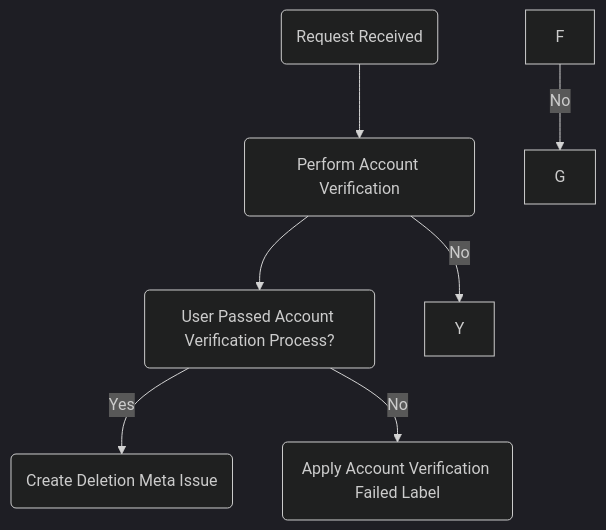
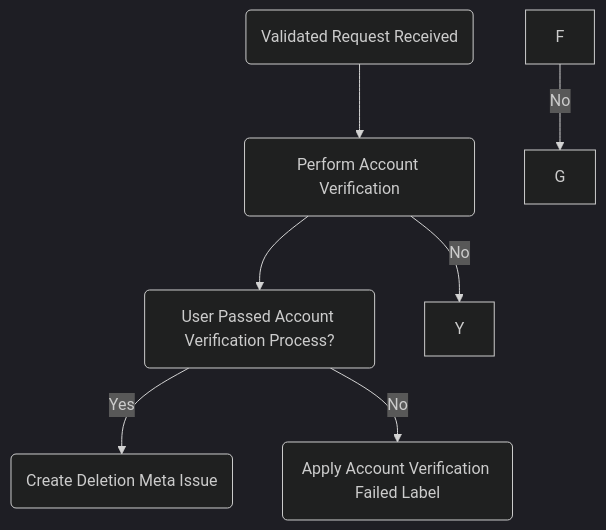
The diagram in support/workflows/account_deletion.html.md (secretstartups/handbook), drawn with Mermaid (dark theme) before and after one commit.

````diff
--- a/support/workflows/account_deletion.html.md
+++ b/support/workflows/account_deletion.html.md
@@ -85,11 +85,11 @@
 ```mermaid
 graph TD
-A(Request Received)-->B
+A(Validated Request Received)-->B
 B(Perform Account Verification)-->E
 E(User Passed Account Verification Process?)-->|Yes|I
 B-->|No|Y
 E-->|No|H
 H(Apply Account Verification Failed Label)
 F-->|No|G
 I(Create Deletion Meta Issue)
 ```
````
